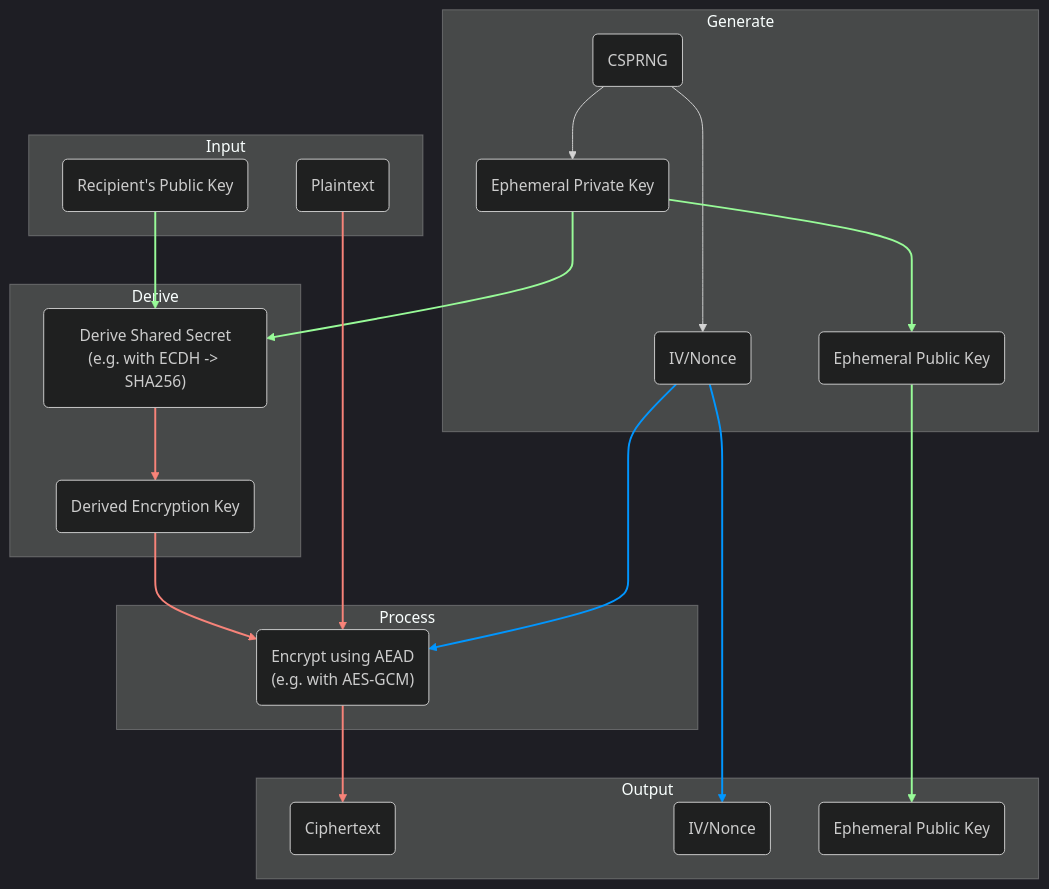
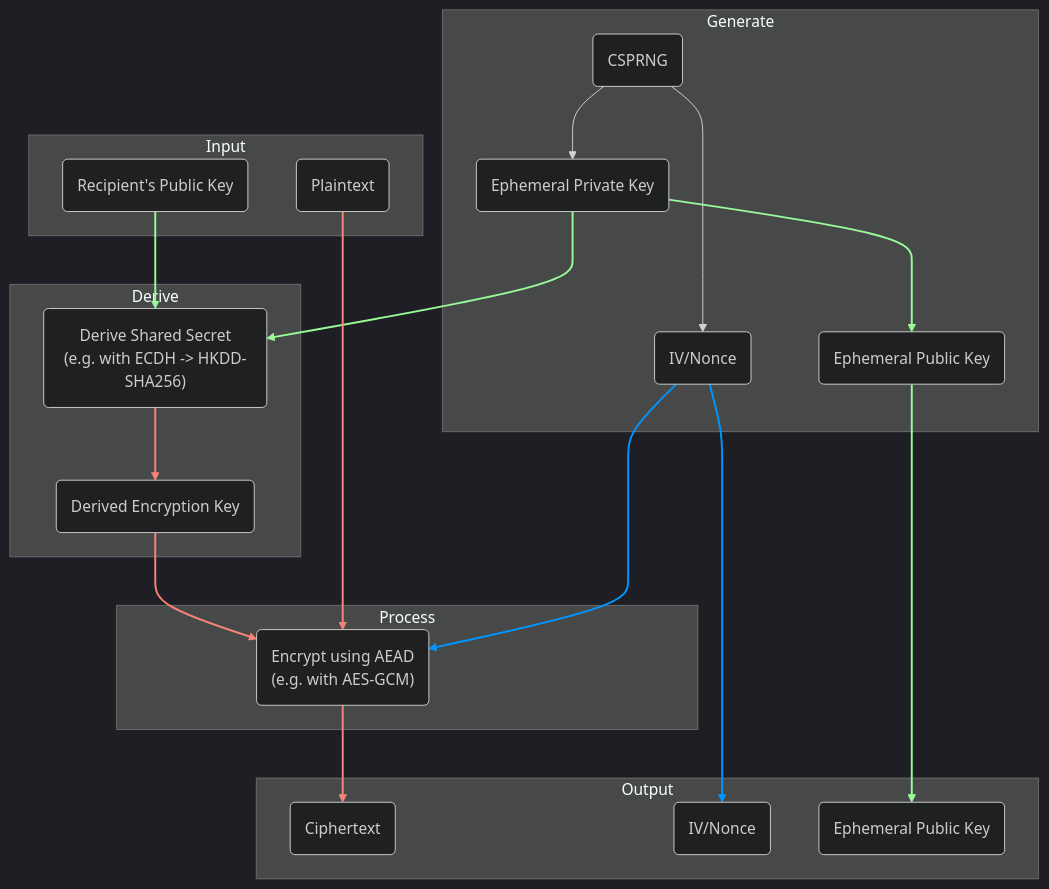
Before and after one commit to TJRoh01/libes: the second of 3 diagrams in README.md, drawn with Mermaid (dark theme). The commit also changed other lines of this file, not shown here.

````diff
--- a/README.md
+++ b/README.md
@@ -182,56 +182,56 @@
 ```mermaid
 graph TB
     subgraph Input
         RK(Recipient's Public Key)
         MSG(Plaintext)
     end
     
     subgraph Generate
         CSPRNG(CSPRNG)
         EK_PUB(Ephemeral Public Key)
         EK_PRI(Ephemeral Private Key)
         IV(IV/Nonce)
     end
     
     subgraph Derive
-        DER_FN("Derive Shared Secret</br>(e.g. with ECDH -> SHA256)")
+        DER_FN("Derive Shared Secret</br>(e.g. with ECDH -> HKDD-SHA256)")
         DER_ENC_KEY("Derived Encryption Key")
     end
     
     subgraph Process
         ENC_FN("Encrypt using AEAD</br>(e.g. with AES-GCM)")
     end
     
     subgraph Output
         ENC_OUT(Ciphertext)
         IV_OUT(IV/Nonce)
         EK_OUT(Ephemeral Public Key)
     end
     
     CSPRNG --> EK_PRI & IV
     EK_PRI --> EK_PUB
     EK_PUB --> EK_OUT
     RK --> DER_FN
     EK_PRI --> DER_FN
     DER_FN --> DER_ENC_KEY
     DER_ENC_KEY --> ENC_FN
     MSG --> ENC_FN
     ENC_FN --> ENC_OUT
     IV --> ENC_FN & IV_OUT
     
     %% Elliptic Curve Key link colorization
     linkStyle 2 stroke:#98fb98,stroke-width:2px;
     linkStyle 3 stroke:#98fb98,stroke-width:2px;
     linkStyle 4 stroke:#98fb98,stroke-width:2px;
     linkStyle 5 stroke:#98fb98,stroke-width:2px;
     
     %% Nonce link colorization
     linkStyle 10 stroke:#0096ff,stroke-width:2px;
     linkStyle 11 stroke:#0096ff,stroke-width:2px;
     
     %% Encryption link colorization
     linkStyle 6 stroke:#f88379,stroke-width:2px;
     linkStyle 7 stroke:#f88379,stroke-width:2px;
     linkStyle 8 stroke:#f88379,stroke-width:2px;
     linkStyle 9 stroke:#f88379,stroke-width:2px;
 ```
````
